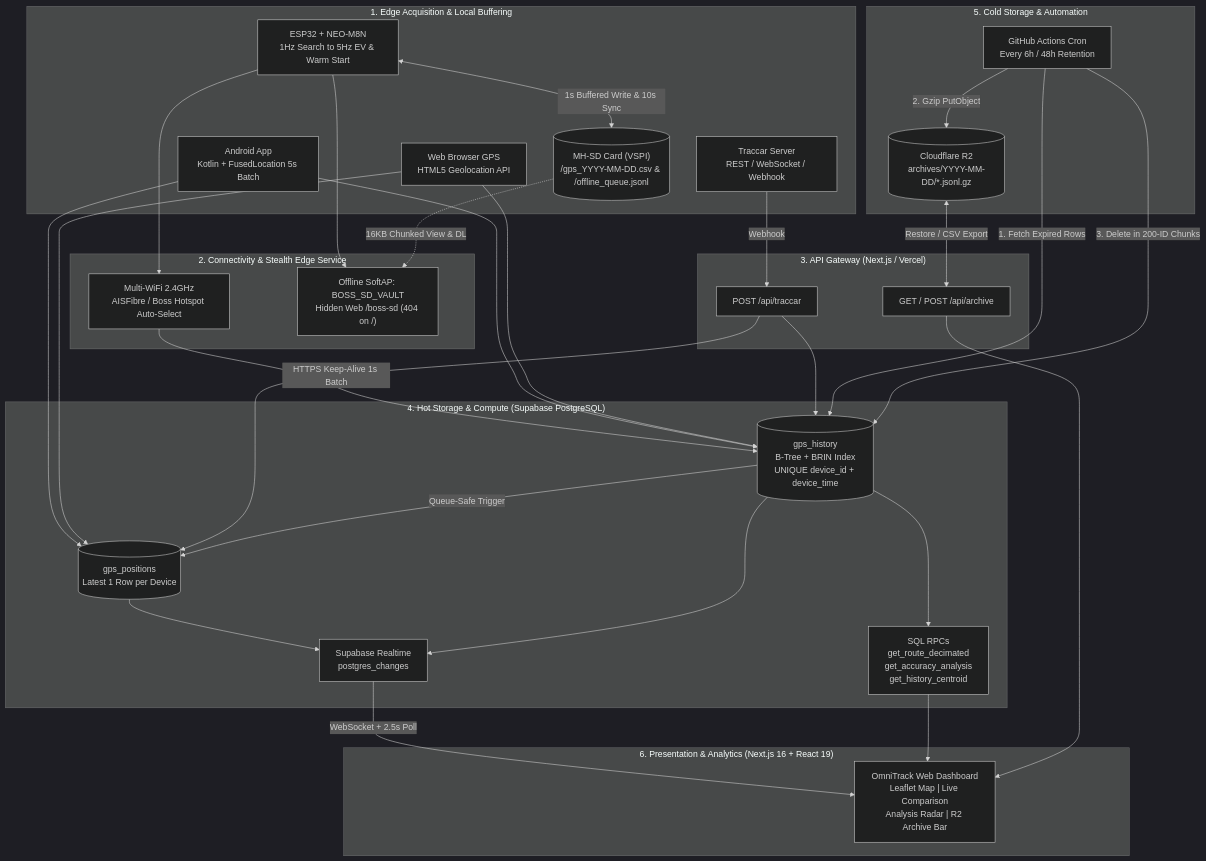
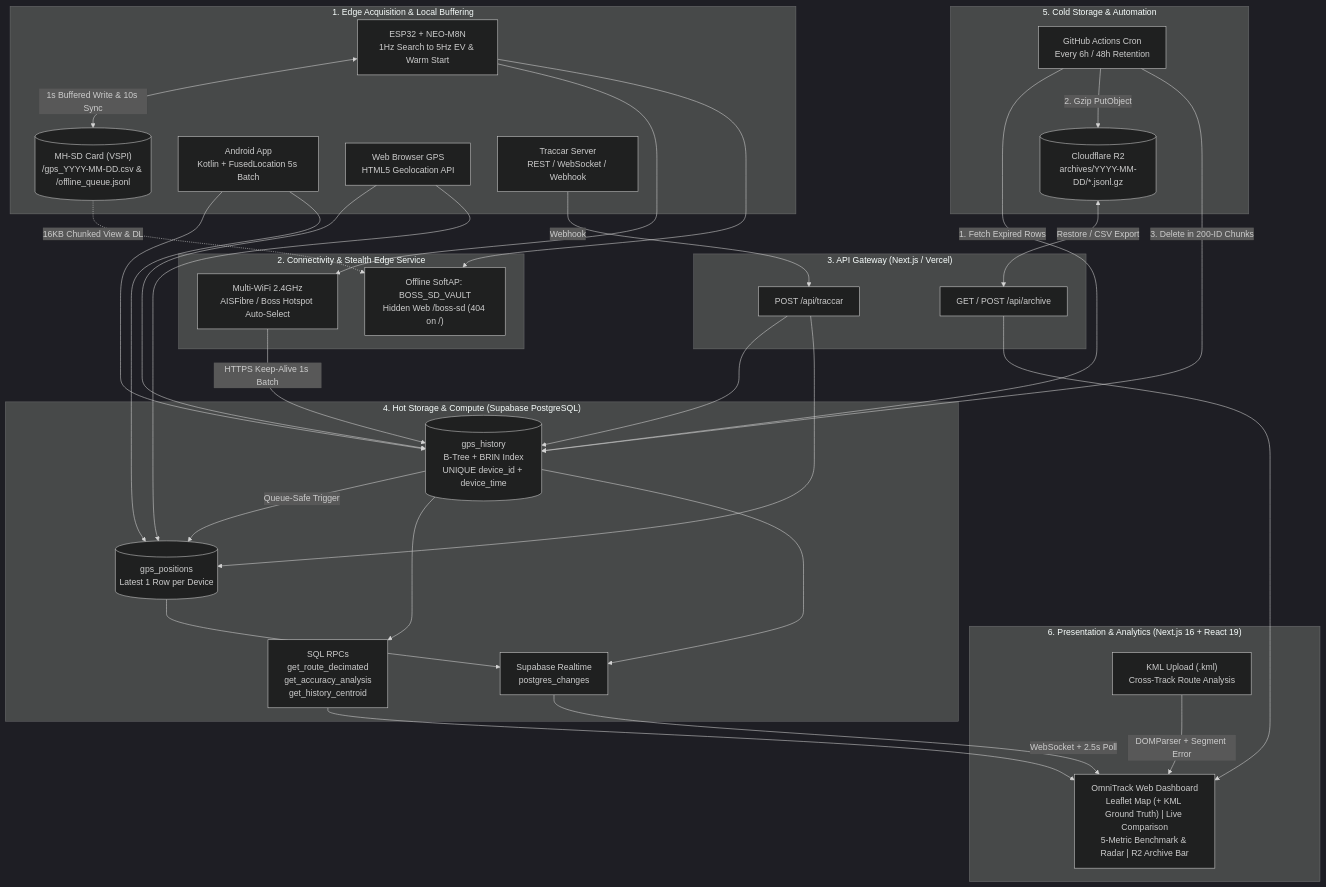
The first of 2 diagrams in ARCHITECTURE_STACK.md (bossporrawat-project/Final-Project), drawn with Mermaid (dark theme) before and after one commit. The commit also changed other lines of this file and 5 other files, not shown here.

Commit message:
feat(analysis): add KML Main Route comparison and 5 telemetry benchmark metrics + update ARCHITECTURE_STACK.md

````diff
--- a/ARCHITECTURE_STACK.md
+++ b/ARCHITECTURE_STACK.md
@@ -78,60 +86,62 @@
 ```mermaid
 flowchart TB
     subgraph L1["1. Edge Acquisition & Local Buffering"]
         ESP["ESP32 + NEO-M8N\n1Hz Search to 5Hz EV & Warm Start"]
         SD[("MH-SD Card (VSPI)\n/gps_YYYY-MM-DD.csv & /offline_queue.jsonl")]
         AND["Android App\nKotlin + FusedLocation 5s Batch"]
         BRW["Web Browser GPS\nHTML5 Geolocation API"]
         TRC["Traccar Server\nREST / WebSocket / Webhook"]
         ESP <-->|"1s Buffered Write & 10s Sync"| SD
     end
 
     subgraph L2["2. Connectivity & Stealth Edge Service"]
         WIFI["Multi-WiFi 2.4GHz\nAISFibre / Boss Hotspot Auto-Select"]
         AP["Offline SoftAP: BOSS_SD_VAULT\nHidden Web /boss-sd (404 on /)"]
         ESP --> WIFI
         ESP --> AP
         SD -.->|"16KB Chunked View & DL"| AP
     end
 
     subgraph L3["3. API Gateway (Next.js / Vercel)"]
         APIT["POST /api/traccar"]
         APIA["GET / POST /api/archive"]
         TRC -->|"Webhook"| APIT
     end
 
     subgraph L4["4. Hot Storage & Compute (Supabase PostgreSQL)"]
         HIST[("gps_history\nB-Tree + BRIN Index\nUNIQUE device_id + device_time")]
         POS[("gps_positions\nLatest 1 Row per Device")]
         RPC["SQL RPCs\nget_route_decimated\nget_accuracy_analysis\nget_history_centroid"]
         RT["Supabase Realtime\npostgres_changes"]
 
         WIFI -->|"HTTPS Keep-Alive 1s Batch"| HIST
         AND --> HIST
         AND --> POS
         BRW --> HIST
         BRW --> POS
         APIT --> HIST
         APIT --> POS
         HIST -->|"Queue-Safe Trigger"| POS
         HIST --> RPC
         POS --> RT
         HIST --> RT
     end
 
     subgraph L5["5. Cold Storage & Automation"]
         CRON["GitHub Actions Cron\nEvery 6h / 48h Retention"]
         R2[("Cloudflare R2\narchives/YYYY-MM-DD/*.jsonl.gz")]
         CRON -->|"1. Fetch Expired Rows"| HIST
         CRON -->|"2. Gzip PutObject"| R2
         CRON -->|"3. Delete in 200-ID Chunks"| HIST
         R2 <-->|"Restore / CSV Export"| APIA
     end
 
     subgraph L6["6. Presentation & Analytics (Next.js 16 + React 19)"]
-        UI["OmniTrack Web Dashboard\nLeaflet Map | Live Comparison\nAnalysis Radar | R2 Archive Bar"]
+        UI["OmniTrack Web Dashboard\nLeaflet Map (+ KML Ground Truth) | Live Comparison\n5-Metric Benchmark & Radar | R2 Archive Bar"]
+        KML["KML Upload (.kml)\nCross-Track Route Analysis"]
+        KML -->|"DOMParser + Segment Error"| UI
         RT -->|"WebSocket + 2.5s Poll"| UI
         RPC --> UI
         APIA --> UI
     end
 ```
````
